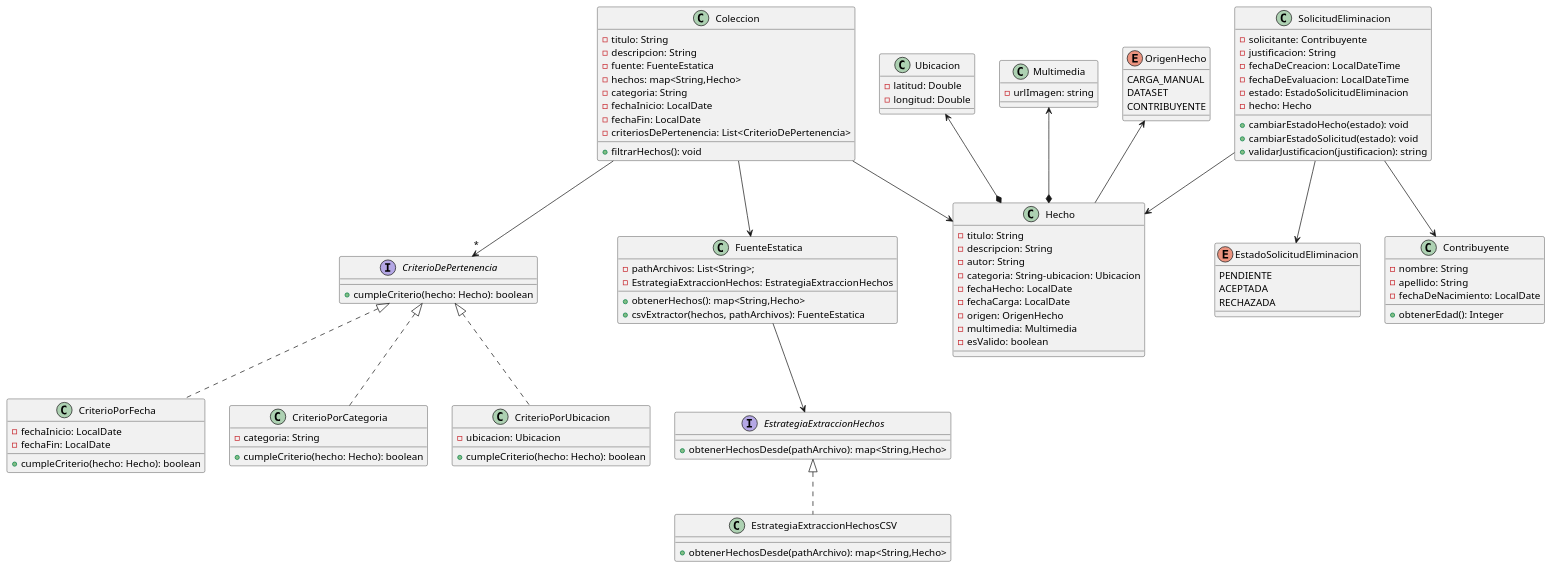
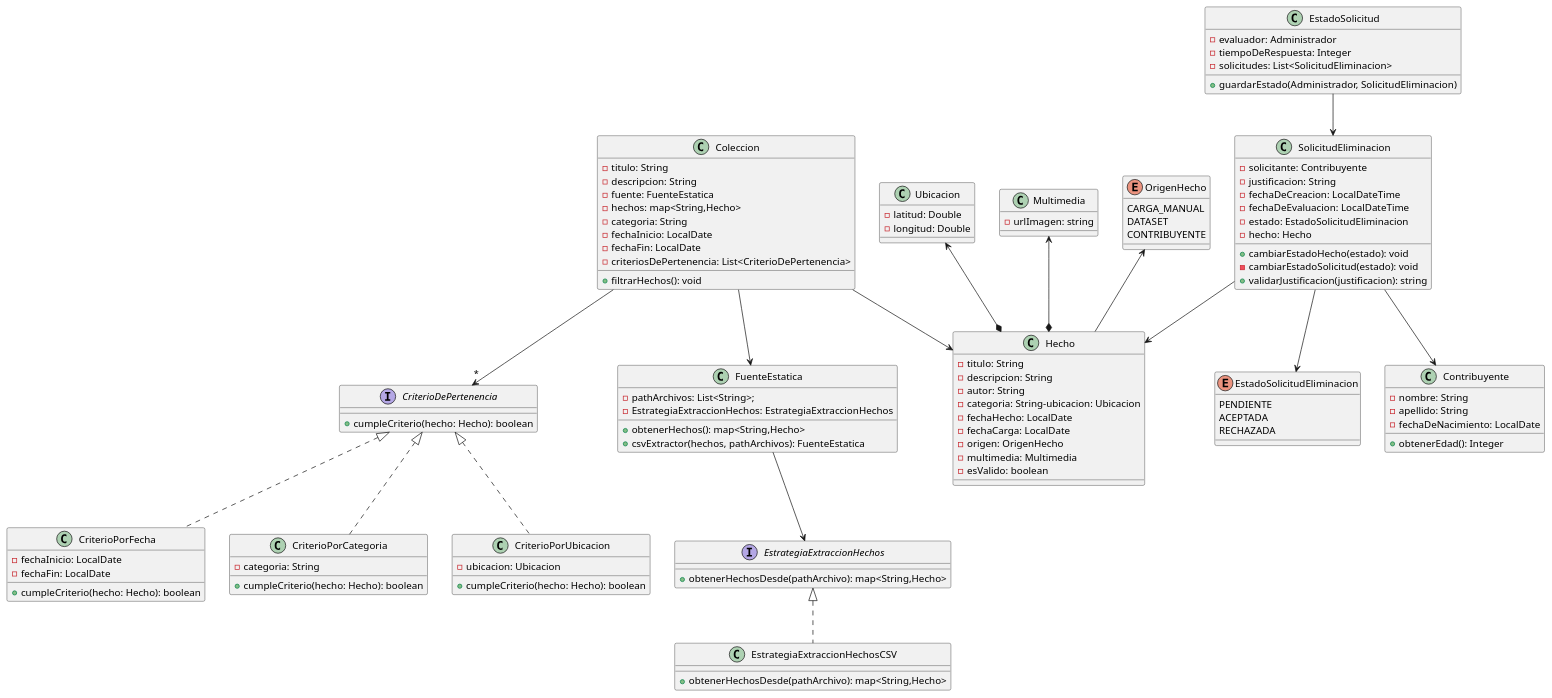
The diagram in src/main/DiagramaDeClases.puml (OslothLAS/ProyectoDeploy), drawn with PlantUML before and after one commit. The commit also changed 2 other files, not shown here.

Commit message:
Agregue el estaoSolicitud como clase de TarceRT

```diff
--- a/src/main/DiagramaDeClases.puml
+++ b/src/main/DiagramaDeClases.puml
@@ -1,129 +1,138 @@
 @startuml
 class Coleccion {
     -titulo: String
     -descripcion: String
     -fuente: FuenteEstatica
     -hechos: map<String,Hecho>
     -categoria: String
     -fechaInicio: LocalDate
     -fechaFin: LocalDate
     -criteriosDePertenencia: List<CriterioDePertenencia>
     +filtrarHechos(): void
 }
 
 
 interface CriterioDePertenencia {
     +cumpleCriterio(hecho: Hecho): boolean
 }
 
 
 class CriterioPorFecha implements CriterioDePertenencia {
     -fechaInicio: LocalDate
     -fechaFin: LocalDate
     +cumpleCriterio(hecho: Hecho): boolean
 }
 
 
 class CriterioPorCategoria implements CriterioDePertenencia {
     -categoria: String
     +cumpleCriterio(hecho: Hecho): boolean
 }
 
 
 class CriterioPorUbicacion implements CriterioDePertenencia {
     -ubicacion: Ubicacion
     +cumpleCriterio(hecho: Hecho): boolean
 }
 
 
  class Ubicacion {
    -latitud: Double
    -longitud: Double
  }
 
 
 class SolicitudEliminacion{
     -solicitante: Contribuyente
     -justificacion: String
     -fechaDeCreacion: LocalDateTime
     -fechaDeEvaluacion: LocalDateTime
     -estado: EstadoSolicitudEliminacion
     -hecho: Hecho
     +cambiarEstadoHecho(estado): void
-    +cambiarEstadoSolicitud(estado): void
+    -cambiarEstadoSolicitud(estado): void
     +validarJustificacion(justificacion): string
 }
 
+class EstadoSolicitud{
+    -evaluador: Administrador
+    -tiempoDeRespuesta: Integer
+    -solicitudes: List<SolicitudEliminacion>
+
+    +guardarEstado(Administrador, SolicitudEliminacion)
+
+}
 
 enum EstadoSolicitudEliminacion {
       PENDIENTE
       ACEPTADA
       RECHAZADA
 }
 
 
 class Hecho {
      -titulo: String
      -descripcion: String
      -autor: String
      -categoria: String-ubicacion: Ubicacion
      -fechaHecho: LocalDate
      -fechaCarga: LocalDate
      -origen: OrigenHecho
      -multimedia: Multimedia
      -esValido: boolean
 }
 
 
 
 class Multimedia{
     -urlImagen: string
 }
 
 
 enum OrigenHecho {
     CARGA_MANUAL
     DATASET
     CONTRIBUYENTE
 }
 
 
 class FuenteEstatica{
     -pathArchivos: List<String>;
     -EstrategiaExtraccionHechos: EstrategiaExtraccionHechos
     +obtenerHechos(): map<String,Hecho>
     +csvExtractor(hechos, pathArchivos): FuenteEstatica
 }
 
 
 interface EstrategiaExtraccionHechos{
     +obtenerHechosDesde(pathArchivo): map<String,Hecho>
 }
 
 
 class EstrategiaExtraccionHechosCSV implements EstrategiaExtraccionHechos{
     +obtenerHechosDesde(pathArchivo): map<String,Hecho>
 }
 
 
 class Contribuyente{
    -nombre: String
    -apellido: String
    -fechaDeNacimiento: LocalDate
    +obtenerEdad(): Integer
 }
 
 
 
   Coleccion --> FuenteEstatica
   Coleccion --> Hecho
   OrigenHecho <-- Hecho
   Ubicacion <--* Hecho
   SolicitudEliminacion --> Hecho
   SolicitudEliminacion --> Contribuyente
    FuenteEstatica --> EstrategiaExtraccionHechos
   SolicitudEliminacion --> EstadoSolicitudEliminacion
   Coleccion -->"*" CriterioDePertenencia
+  EstadoSolicitud --> SolicitudEliminacion
 
   Multimedia <--* Hecho
 @enduml
```
